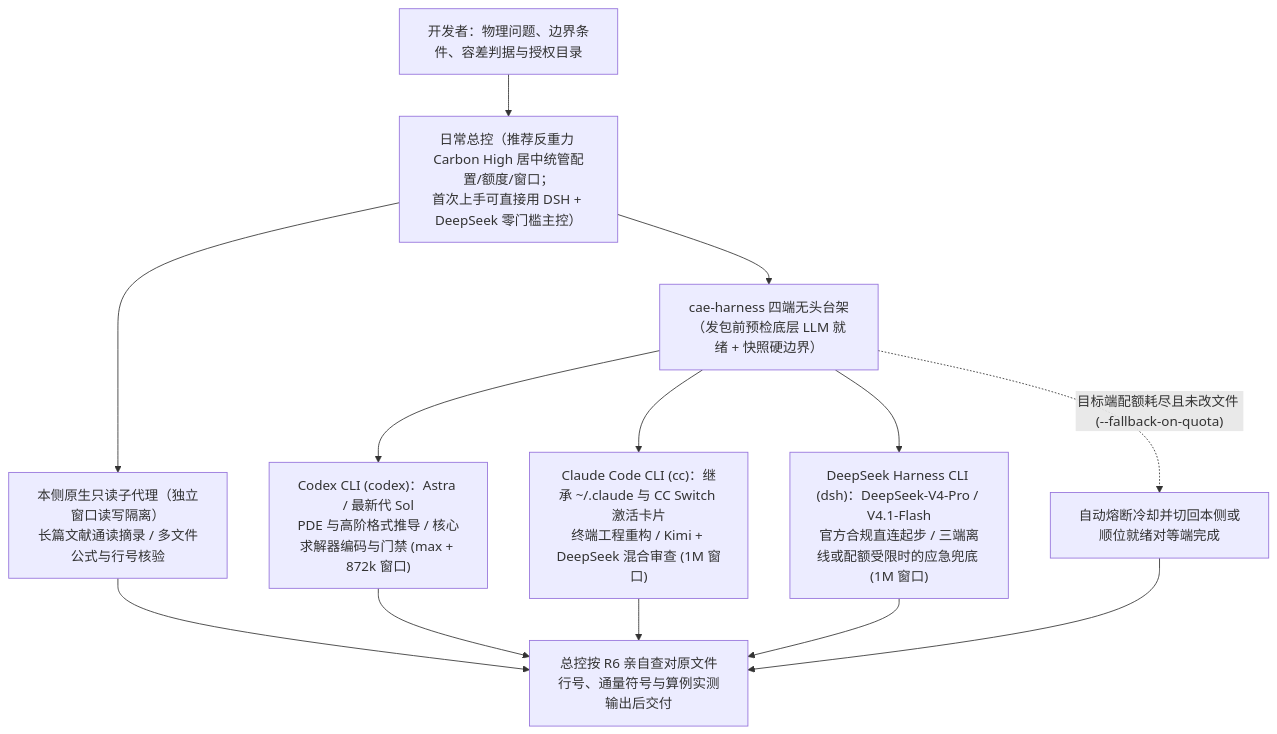
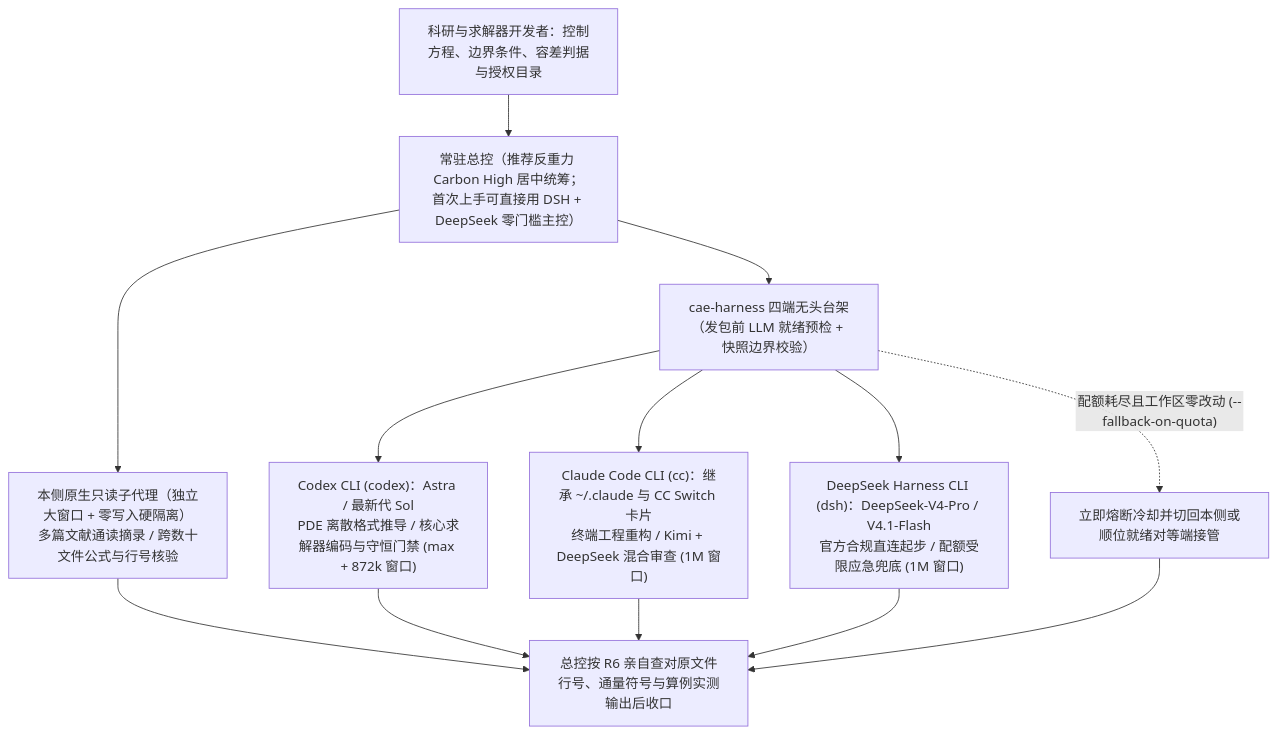
One commit to Xinyu-Li-1997/Antigravity_Codex_ClaudeCode_DeepSeekHarness changed the diagram in README.md. Above: the diagram before and after it, drawn with Mermaid. The commit also changed other lines of this file and 27 other files, not shown here.

````diff
--- a/README.md
+++ b/README.md
@@ -80,15 +61,15 @@
 ```mermaid
 flowchart TB
-    U["开发者：物理问题、边界条件、容差判据与授权目录"] --> M["日常总控（推荐反重力 Carbon High 居中统管配置/额度/窗口；<br/>首次上手可直接用 DSH + DeepSeek 零门槛主控）"]
-    M --> N["本侧原生只读子代理（独立窗口读写隔离）<br/>长篇文献通读摘录 / 多文件公式与行号核验"]
-    M --> H["cae-harness 四端无头台架（发包前预检底层 LLM 就绪 + 快照硬边界）"]
-    H --> C["Codex CLI (codex)：Astra / 最新代 Sol<br/>PDE 与高阶格式推导 / 核心求解器编码与门禁 (max + 872k 窗口)"]
-    H --> CC["Claude Code CLI (cc)：继承 ~/.claude 与 CC Switch 激活卡片<br/>终端工程重构 / Kimi + DeepSeek 混合审查 (1M 窗口)"]
-    H --> D["DeepSeek Harness CLI (dsh)：DeepSeek-V4-Pro / V4.1-Flash<br/>官方合规直连起步 / 三端离线或配额受限时的应急兜底 (1M 窗口)"]
-    H -. "目标端配额耗尽且未改文件 (--fallback-on-quota)" .-> F["自动熔断冷却并切回本侧或顺位就绪对等端完成"]
-    N --> R["总控按 R6 亲自查对原文件行号、通量符号与算例实测输出后交付"]
+    U["科研与求解器开发者：控制方程、边界条件、容差判据与授权目录"] --> M["常驻总控（推荐反重力 Carbon High 居中统筹；<br/>首次上手可直接用 DSH + DeepSeek 零门槛主控）"]
+    M --> N["本侧原生只读子代理（独立大窗口 + 零写入硬隔离）<br/>多篇文献通读摘录 / 跨数十文件公式与行号核验"]
+    M --> H["cae-harness 四端无头台架（发包前 LLM 就绪预检 + 快照边界校验）"]
+    H --> C["Codex CLI (codex)：Astra / 最新代 Sol<br/>PDE 离散格式推导 / 核心求解器编码与守恒门禁 (max + 872k 窗口)"]
+    H --> CC["Claude Code CLI (cc)：继承 ~/.claude 与 CC Switch 卡片<br/>终端工程重构 / Kimi + DeepSeek 混合审查 (1M 窗口)"]
+    H --> D["DeepSeek Harness CLI (dsh)：DeepSeek-V4-Pro / V4.1-Flash<br/>官方合规直连起步 / 配额受限应急兜底 (1M 窗口)"]
+    H -. "配额耗尽且工作区零改动 (--fallback-on-quota)" .-> F["立即熔断冷却并切回本侧或顺位就绪对等端接管"]
+    N --> R["总控按 R6 亲自查对原文件行号、通量符号与算例实测输出后收口"]
     C --> R
     CC --> R
     D --> R
     F --> R
 ```
````
